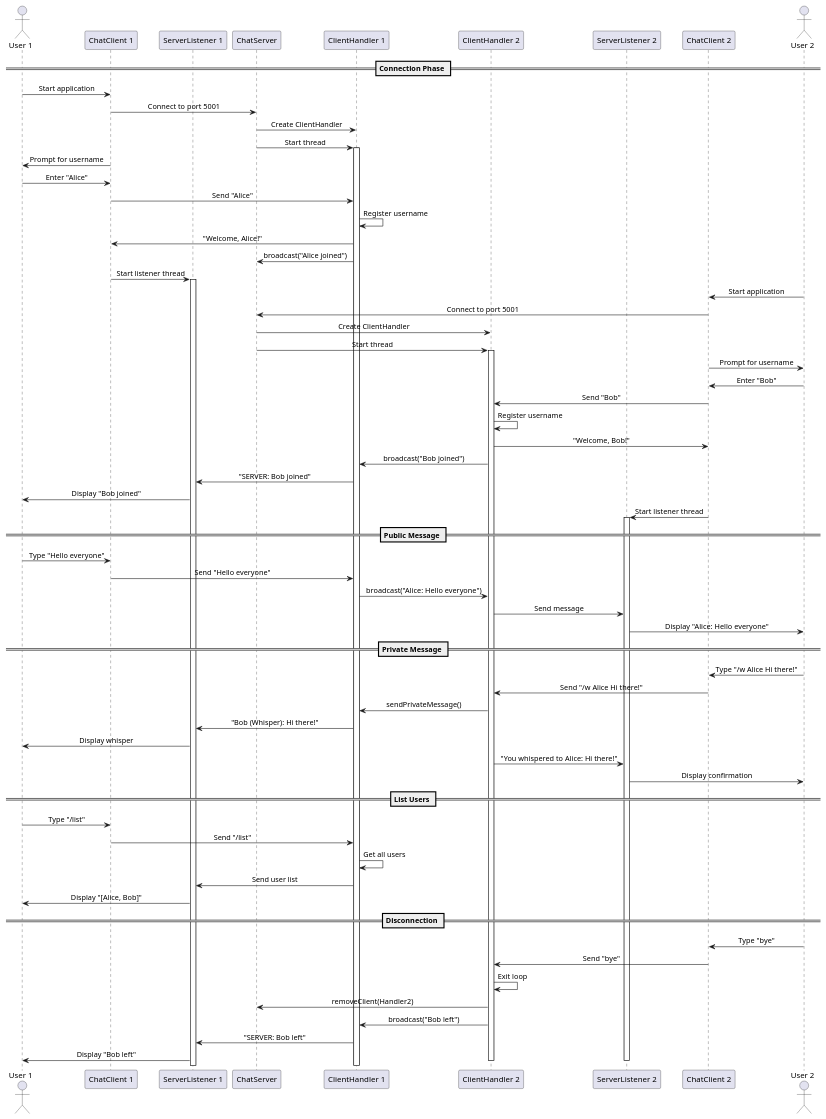
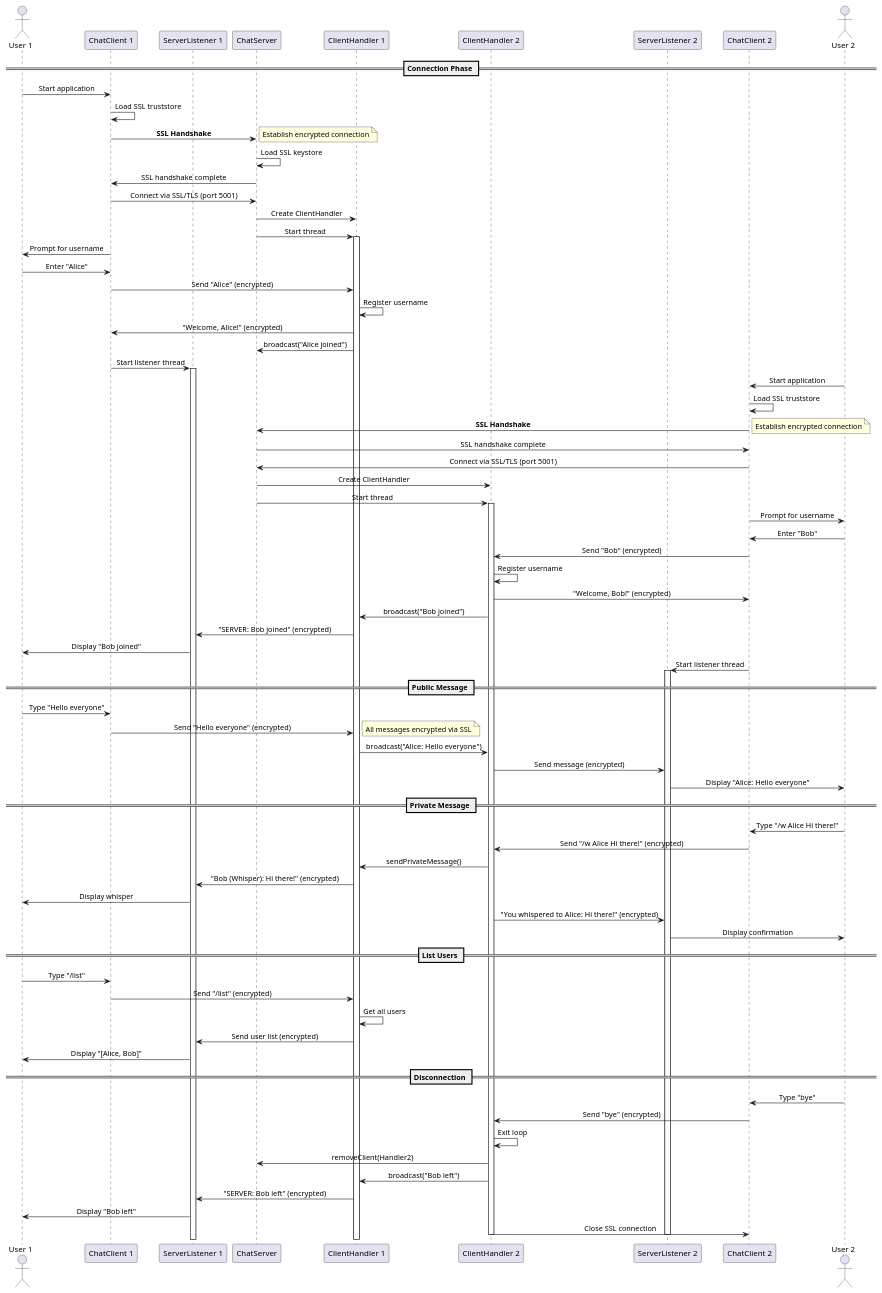
The diagram in diagrams/sequence-diagram.puml (OmarElmelegy/ChatUp), drawn with PlantUML before and after one commit. The commit also changed 22 other files, not shown here.

```diff
--- a/diagrams/sequence-diagram.puml
+++ b/diagrams/sequence-diagram.puml
@@ -1,86 +1,98 @@
 @startuml ChatSystem Sequence Diagram
 
 skinparam sequenceMessageAlign center
 skinparam backgroundColor #FFFFFF
 skinparam shadowing false
+skinparam linetype ortho
 
 actor "User 1" as User1
 participant "ChatClient 1" as Client1
 participant "ServerListener 1" as Listener1
 participant ChatServer
 participant "ClientHandler 1" as Handler1
 participant "ClientHandler 2" as Handler2
 participant "ServerListener 2" as Listener2
 participant "ChatClient 2" as Client2
 actor "User 2" as User2
 
 == Connection Phase ==
 User1 -> Client1: Start application
-Client1 -> ChatServer: Connect to port 5001
+Client1 -> Client1: Load SSL truststore
+Client1 -> ChatServer: **SSL Handshake**
+note right: Establish encrypted connection
+ChatServer -> ChatServer: Load SSL keystore
+ChatServer -> Client1: SSL handshake complete
+Client1 -> ChatServer: Connect via SSL/TLS (port 5001)
 ChatServer -> Handler1: Create ClientHandler
 ChatServer -> Handler1: Start thread
 activate Handler1
 
 Client1 -> User1: Prompt for username
 User1 -> Client1: Enter "Alice"
-Client1 -> Handler1: Send "Alice"
+Client1 -> Handler1: Send "Alice" (encrypted)
 Handler1 -> Handler1: Register username
-Handler1 -> Client1: "Welcome, Alice!"
+Handler1 -> Client1: "Welcome, Alice!" (encrypted)
 Handler1 -> ChatServer: broadcast("Alice joined")
 
 Client1 -> Listener1: Start listener thread
 activate Listener1
 
 User2 -> Client2: Start application
-Client2 -> ChatServer: Connect to port 5001
+Client2 -> Client2: Load SSL truststore
+Client2 -> ChatServer: **SSL Handshake**
+note right: Establish encrypted connection
+ChatServer -> Client2: SSL handshake complete
+Client2 -> ChatServer: Connect via SSL/TLS (port 5001)
 ChatServer -> Handler2: Create ClientHandler
 ChatServer -> Handler2: Start thread
 activate Handler2
 
 Client2 -> User2: Prompt for username
 User2 -> Client2: Enter "Bob"
-Client2 -> Handler2: Send "Bob"
+Client2 -> Handler2: Send "Bob" (encrypted)
 Handler2 -> Handler2: Register username
-Handler2 -> Client2: "Welcome, Bob!"
+Handler2 -> Client2: "Welcome, Bob!" (encrypted)
 Handler2 -> Handler1: broadcast("Bob joined")
-Handler1 -> Listener1: "SERVER: Bob joined"
+Handler1 -> Listener1: "SERVER: Bob joined" (encrypted)
 Listener1 -> User1: Display "Bob joined"
 
 Client2 -> Listener2: Start listener thread
 activate Listener2
 
 == Public Message ==
 User1 -> Client1: Type "Hello everyone"
-Client1 -> Handler1: Send "Hello everyone"
+Client1 -> Handler1: Send "Hello everyone" (encrypted)
+note right: All messages encrypted via SSL
 Handler1 -> Handler2: broadcast("Alice: Hello everyone")
-Handler2 -> Listener2: Send message
+Handler2 -> Listener2: Send message (encrypted)
 Listener2 -> User2: Display "Alice: Hello everyone"
 
 == Private Message ==
 User2 -> Client2: Type "/w Alice Hi there!"
-Client2 -> Handler2: Send "/w Alice Hi there!"
+Client2 -> Handler2: Send "/w Alice Hi there!" (encrypted)
 Handler2 -> Handler1: sendPrivateMessage()
-Handler1 -> Listener1: "Bob (Whisper): Hi there!"
+Handler1 -> Listener1: "Bob (Whisper): Hi there!" (encrypted)
 Listener1 -> User1: Display whisper
-Handler2 -> Listener2: "You whispered to Alice: Hi there!"
+Handler2 -> Listener2: "You whispered to Alice: Hi there!" (encrypted)
 Listener2 -> User2: Display confirmation
 
 == List Users ==
 User1 -> Client1: Type "/list"
-Client1 -> Handler1: Send "/list"
+Client1 -> Handler1: Send "/list" (encrypted)
 Handler1 -> Handler1: Get all users
-Handler1 -> Listener1: Send user list
+Handler1 -> Listener1: Send user list (encrypted)
 Listener1 -> User1: Display "[Alice, Bob]"
 
 == Disconnection ==
 User2 -> Client2: Type "bye"
-Client2 -> Handler2: Send "bye"
+Client2 -> Handler2: Send "bye" (encrypted)
 Handler2 -> Handler2: Exit loop
 Handler2 -> ChatServer: removeClient(Handler2)
 Handler2 -> Handler1: broadcast("Bob left")
-Handler1 -> Listener1: "SERVER: Bob left"
+Handler1 -> Listener1: "SERVER: Bob left" (encrypted)
 Listener1 -> User1: Display "Bob left"
+Handler2 -> Client2: Close SSL connection
 deactivate Handler2
 deactivate Listener2
 
 @enduml
```
